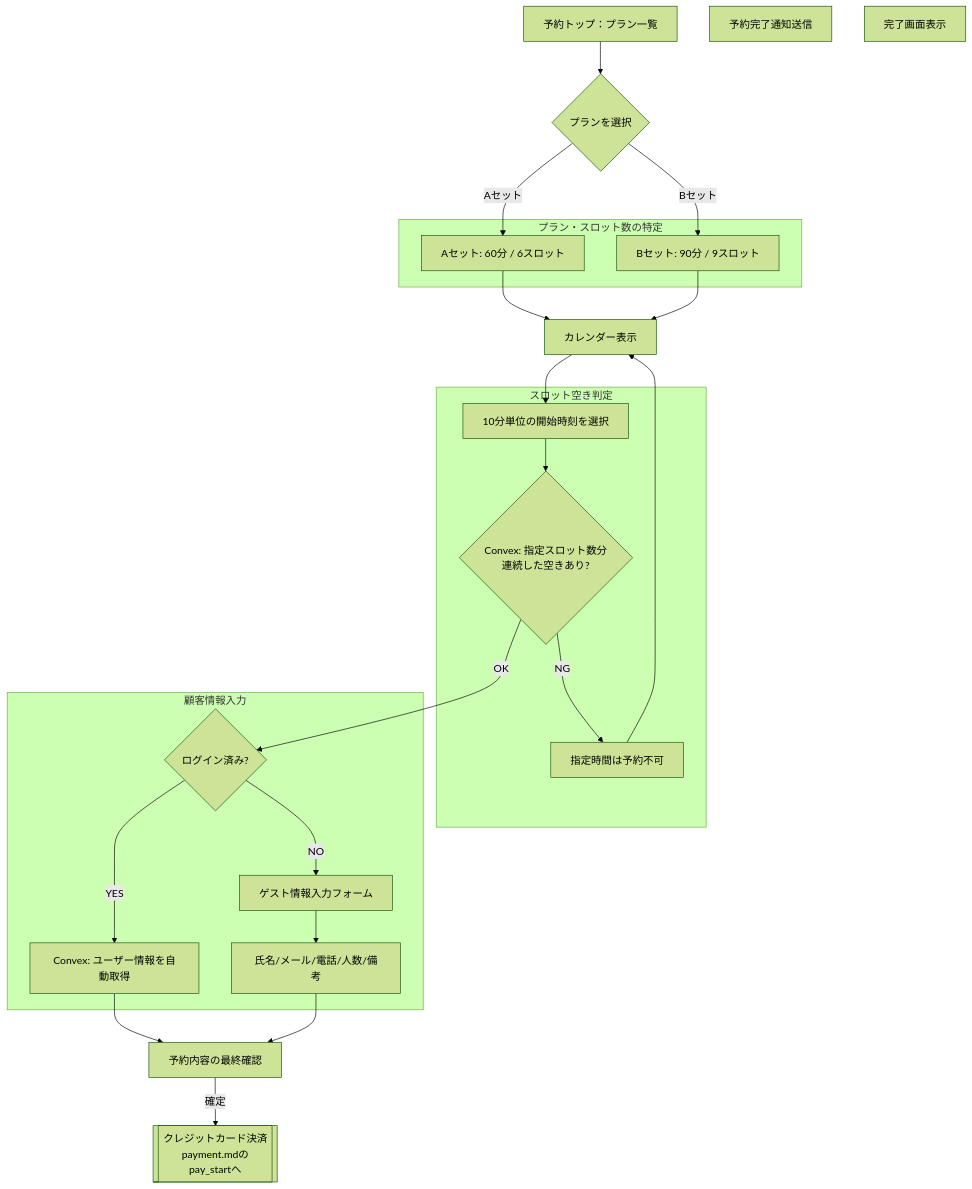
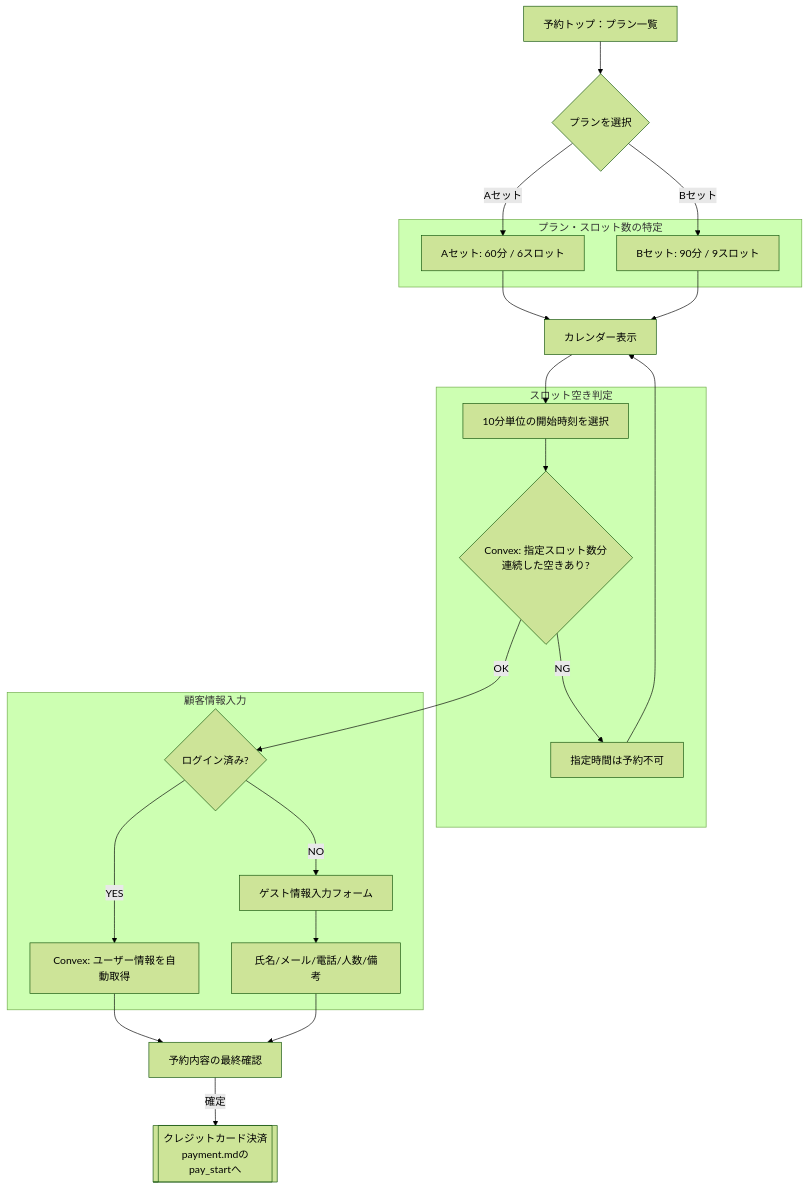
Before and after one commit to reflenge/mobipita-docs: the diagram in src/content/docs/functional-design/customer/booking.md, drawn with Mermaid (forest theme).

Commit message:
修正：予約フロー

````diff
--- a/src/content/docs/functional-design/customer/booking.md
+++ b/src/content/docs/functional-design/customer/booking.md
@@ -20,52 +20,51 @@
 ```mermaid
 flowchart TD
 
 
 res_A[予約トップ：プラン一覧] --> res_B{プランを選択}
 
 %% プラン特定セクション
 subgraph plan_logic [プラン・スロット数の特定]
     res_B1[Aセット: 60分 / 6スロット]
     res_B2[Bセット: 90分 / 9スロット]
 end
 
 res_B -->|Aセット| res_B1
 res_B -->|Bセット| res_B2
 
 res_B1 & res_B2 --> res_C[カレンダー表示]
 
 %% スロット判定セクション
 subgraph check_logic [スロット空き判定]
     res_D[10分単位の開始時刻を選択]
     res_E{Convex: 指定スロット数分<br>連続した空きあり?}
     res_F[指定時間は予約不可]
 end
 
 res_C --> res_D
 res_D --> res_E
 res_E -->|NG| res_F
 res_F --> res_C
 
 %% 顧客情報入力セクション
 subgraph input_logic [顧客情報入力]
     res_G{ログイン済み?}
     res_H[Convex: ユーザー情報を自動取得]
     res_I[ゲスト情報入力フォーム]
     res_I1[氏名/メール/電話/人数/備考]
 end
 
 res_E -->|OK| res_G
 res_G -->|YES| res_H
 res_G -->|NO| res_I
 res_I --> res_I1
 
 %% 最終処理
 res_J[予約内容の最終確認]
 
 res_K[[クレジットカード決済<br>payment.mdの<br>pay_startへ]]
-res_L[予約完了通知送信]
-res_M[完了画面表示]
+
 
 res_H & res_I1 --> res_J
 res_J -->|確定| res_K[[クレジットカード決済<br>payment.mdの<br>pay_startへ]]
 ```
````
